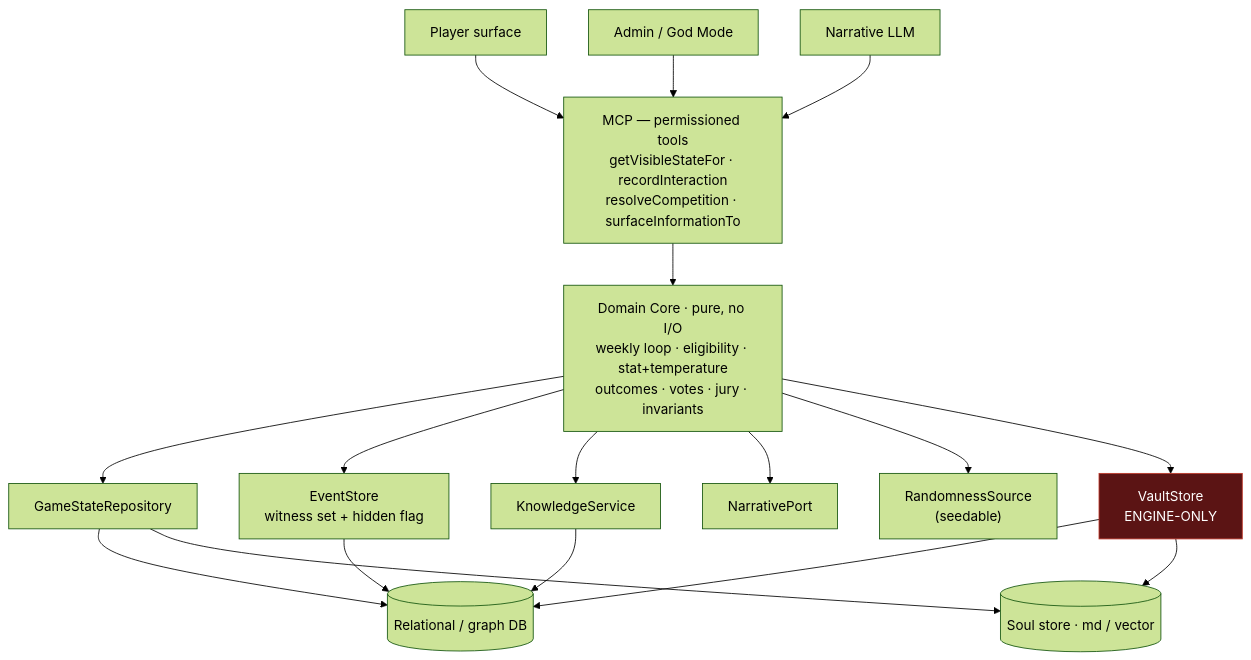
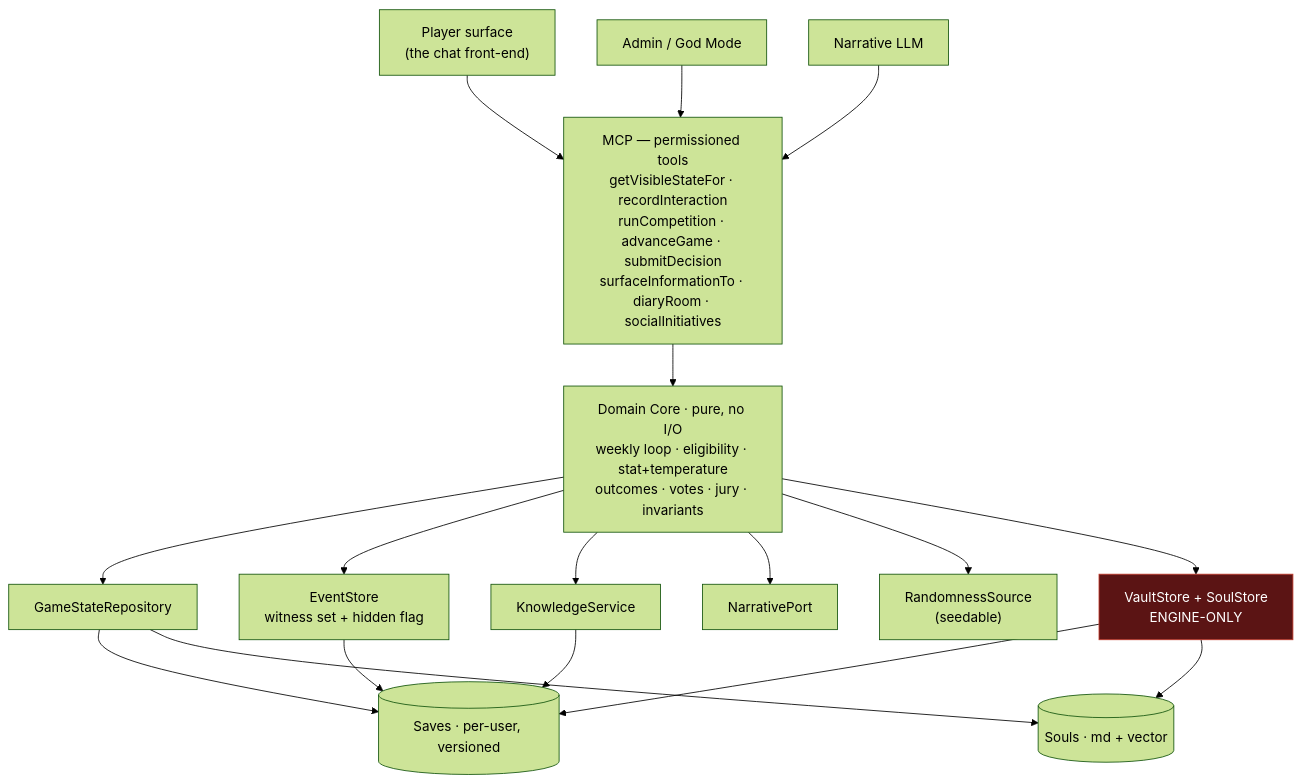
Before and after one commit to kevinhirsch/orwell: the diagram in README.md, drawn with Mermaid (forest theme). The commit also changed other lines of this file, not shown here.

````diff
--- a/README.md
+++ b/README.md
@@ -80,40 +102,40 @@
 ```mermaid
 flowchart TB
-    PLAYER["Player surface"]
+    PLAYER["Player surface<br/>(the chat front-end)"]
     ADMIN["Admin / God Mode"]
     LLM["Narrative LLM"]
 
-    MCP["MCP — permissioned tools<br/>getVisibleStateFor · recordInteraction<br/>resolveCompetition · surfaceInformationTo"]
+    MCP["MCP — permissioned tools<br/>getVisibleStateFor · recordInteraction<br/>runCompetition · advanceGame · submitDecision<br/>surfaceInformationTo · diaryRoom · socialInitiatives"]
 
     CORE["Domain Core · pure, no I/O<br/>weekly loop · eligibility · stat+temperature<br/>outcomes · votes · jury · invariants"]
 
     GSR["GameStateRepository"]
     ES["EventStore<br/>witness set + hidden flag"]
     KS["KnowledgeService"]
     NP["NarrativePort"]
     RS["RandomnessSource<br/>(seedable)"]
-    VAULT["VaultStore<br/>ENGINE-ONLY"]
+    VAULT["VaultStore + SoulStore<br/>ENGINE-ONLY"]
 
-    DB[("Relational / graph DB")]
-    SOULS[("Soul store · md / vector")]
+    DB[("Saves · per-user, versioned")]
+    SOULS[("Souls · md + vector")]
 
     PLAYER --> MCP
     ADMIN --> MCP
     LLM --> MCP
     MCP --> CORE
     CORE --> GSR
     CORE --> ES
     CORE --> KS
     CORE --> NP
     CORE --> RS
     CORE --> VAULT
     GSR --> DB
     ES --> DB
     KS --> DB
     VAULT --> DB
     VAULT --> SOULS
     GSR --> SOULS
 
     classDef wall fill:#5b1414,stroke:#c0392b,color:#ffffff;
     class VAULT wall;
 ```
````
